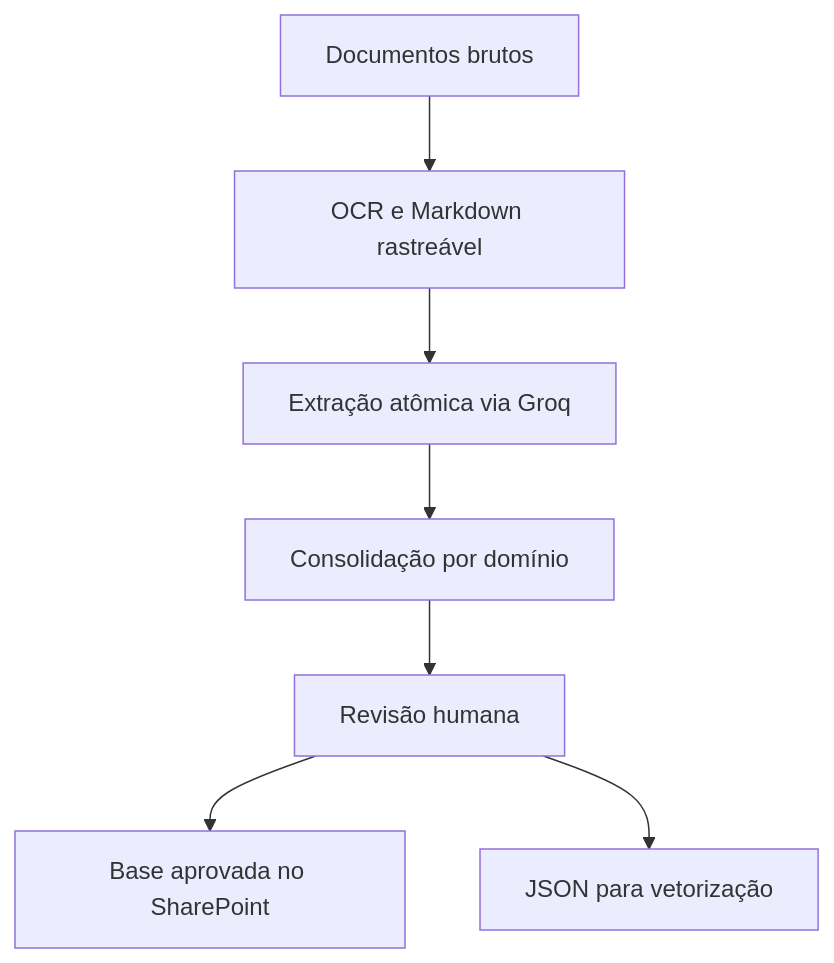
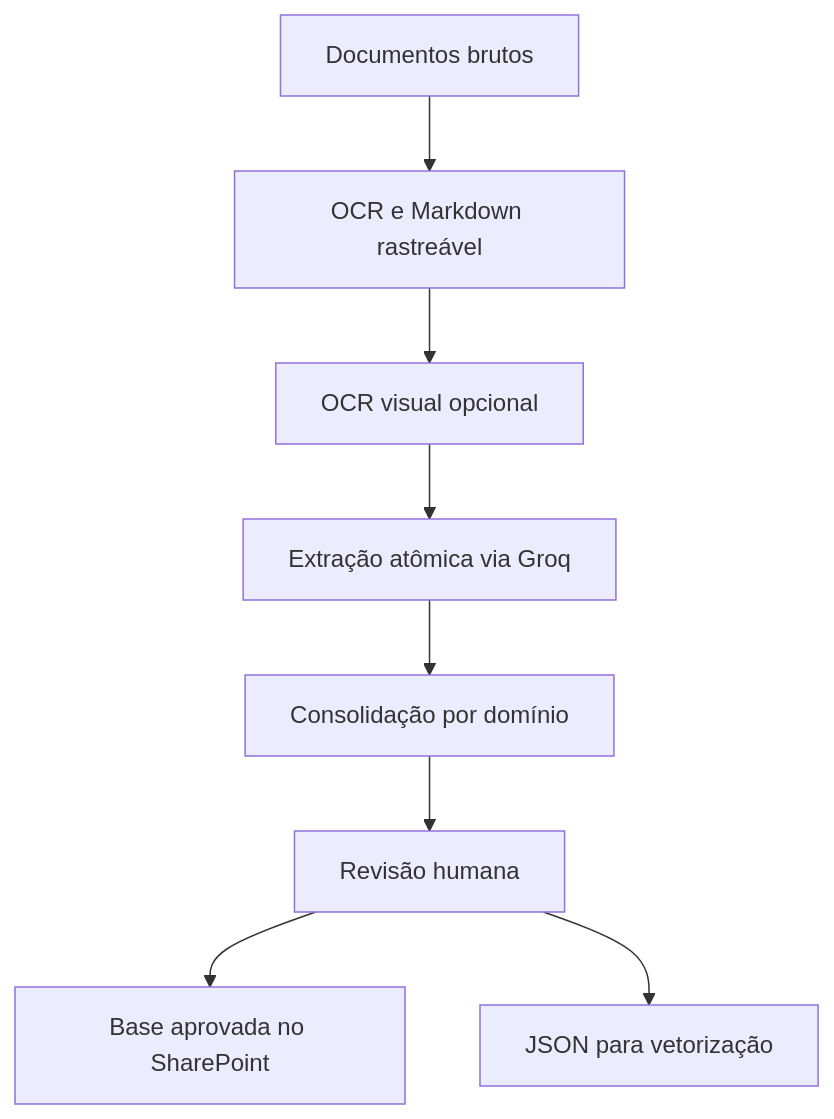
The diagram in README.md (viniciusds2020/copilot-document-knowledge-engineering), drawn with Mermaid before and after one commit. The commit also changed other lines of this file, not shown here.

Commit message:
feat: update README.md for vision ocr

````diff
--- a/README.md
+++ b/README.md
@@ -23,9 +24,10 @@
 ```mermaid
 flowchart TD
     A[Documentos brutos] --> B[OCR e Markdown rastreável]
-    B --> C[Extração atômica via Groq]
-    C --> D[Consolidação por domínio]
-    D --> E[Revisão humana]
-    E --> F[Base aprovada no SharePoint]
-    E --> G[JSON para vetorização]
+    B --> C[OCR visual opcional]
+    C --> D[Extração atômica via Groq]
+    D --> E[Consolidação por domínio]
+    E --> F[Revisão humana]
+    F --> G[Base aprovada no SharePoint]
+    F --> H[JSON para vetorização]
 ```
````
